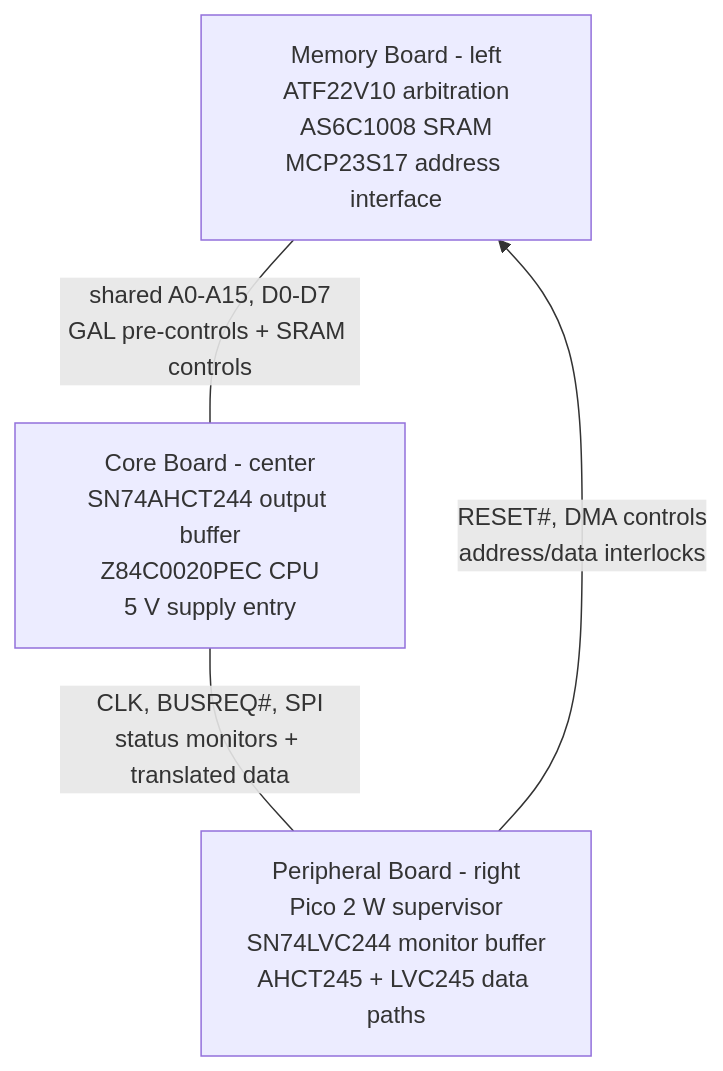
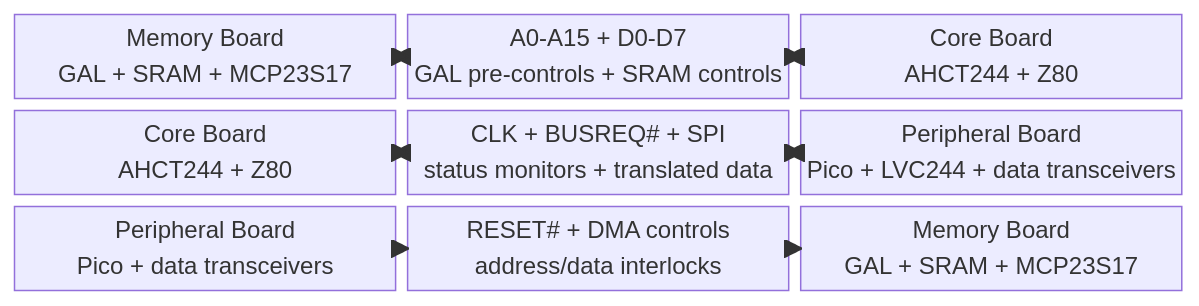
The diagram in docs/docs/en/hardware/construction.md (gloveboxes/Z80ROMlessSBC), drawn with Mermaid before and after one commit. The commit also changed other lines of this file and 28 other files, not shown here.

````diff
--- a/docs/docs/en/hardware/construction.md
+++ b/docs/docs/en/hardware/construction.md
@@ -235,10 +235,13 @@
 ```mermaid
-flowchart TB
-  MEMORY["Memory Board - left<br/>ATF22V10 arbitration<br/>AS6C1008 SRAM<br/>MCP23S17 address interface"]
-  CORE["Core Board - center<br/>SN74AHCT244 output buffer<br/>Z84C0020PEC CPU<br/>5 V supply entry"]
-  PERIPHERAL["Peripheral Board - right<br/>Pico 2 W supervisor<br/>SN74LVC244 monitor buffer<br/>AHCT245 + LVC245 data paths"]
-
-  MEMORY ---|"shared A0-A15, D0-D7<br/>GAL pre-controls + SRAM controls"| CORE
-  CORE ---|"CLK, BUSREQ#, SPI<br/>status monitors + translated data"| PERIPHERAL
-  PERIPHERAL -->|"RESET#, DMA controls<br/>address/data interlocks"| MEMORY
+block-beta
+  columns 3
+  MEMORY1["Memory Board<br/>GAL + SRAM + MCP23S17"] MC["A0-A15 + D0-D7<br/>GAL pre-controls + SRAM controls"] CORE1["Core Board<br/>AHCT244 + Z80"]
+  CORE2["Core Board<br/>AHCT244 + Z80"] CP["CLK + BUSREQ# + SPI<br/>status monitors + translated data"] PERIPHERAL2["Peripheral Board<br/>Pico + LVC244 + data transceivers"]
+  PERIPHERAL3["Peripheral Board<br/>Pico + data transceivers"] PM["RESET# + DMA controls<br/>address/data interlocks"] MEMORY3["Memory Board<br/>GAL + SRAM + MCP23S17"]
+  MEMORY1 <--> MC
+  MC <--> CORE1
+  CORE2 <--> CP
+  CP <--> PERIPHERAL2
+  PERIPHERAL3 --> PM
+  PM --> MEMORY3
 ```
````
